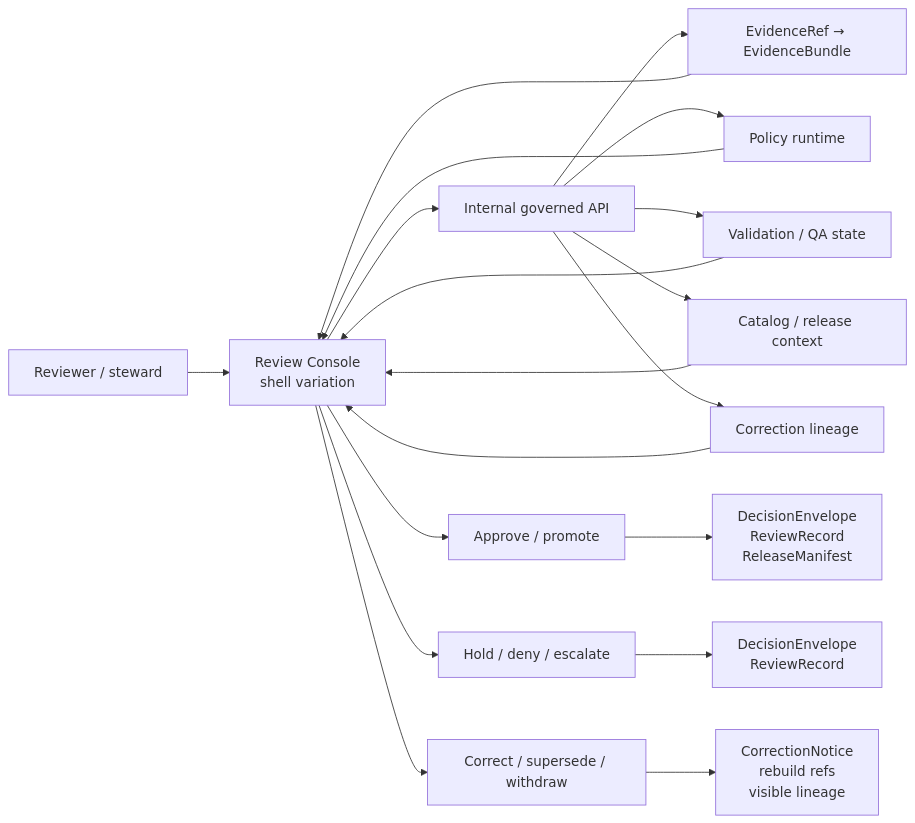
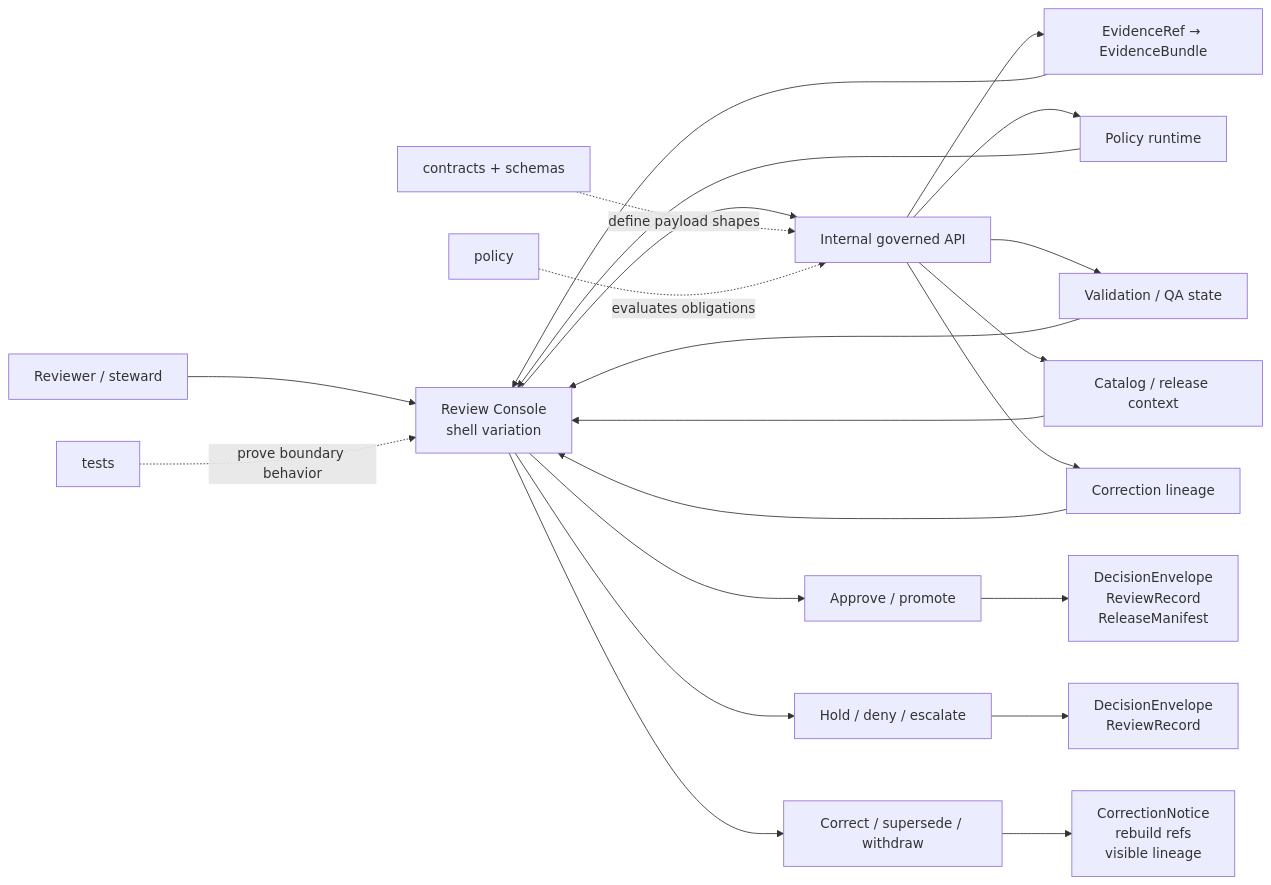
One commit to bartytime4life/Kansas-Frontier-Matrix changed the diagram in apps/review-console/README.md. Above: the diagram before and after it, drawn with Mermaid. The commit also changed other lines of this file, not shown here.

````diff
--- a/apps/review-console/README.md
+++ b/apps/review-console/README.md
@@ -322,25 +402,29 @@
 ```mermaid
 flowchart LR
     R[Reviewer / steward] --> S[Review Console<br/>shell variation]
 
     S --> API[Internal governed API]
     API --> EV[EvidenceRef → EvidenceBundle]
     API --> PO[Policy runtime]
     API --> QA[Validation / QA state]
     API --> RL[Catalog / release context]
     API --> CL[Correction lineage]
 
     EV --> S
     PO --> S
     QA --> S
     RL --> S
     CL --> S
 
     S --> D1[Approve / promote]
     S --> D2[Hold / deny / escalate]
     S --> D3[Correct / supersede / withdraw]
 
     D1 --> O1[DecisionEnvelope<br/>ReviewRecord<br/>ReleaseManifest]
     D2 --> O2[DecisionEnvelope<br/>ReviewRecord]
     D3 --> O3[CorrectionNotice<br/>rebuild refs<br/>visible lineage]
+
+    C[contracts + schemas] -. define payload shapes .-> API
+    P[policy] -. evaluates obligations .-> API
+    T[tests] -. prove boundary behavior .-> S
 ```
````
